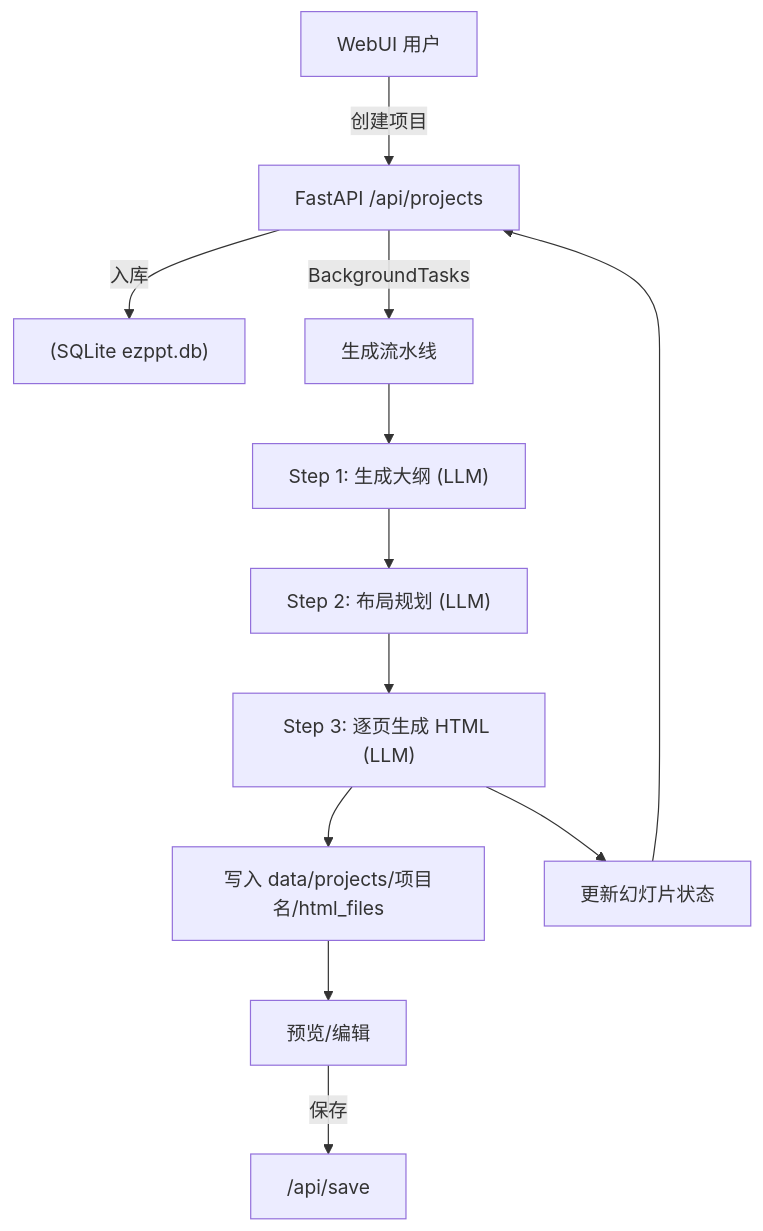
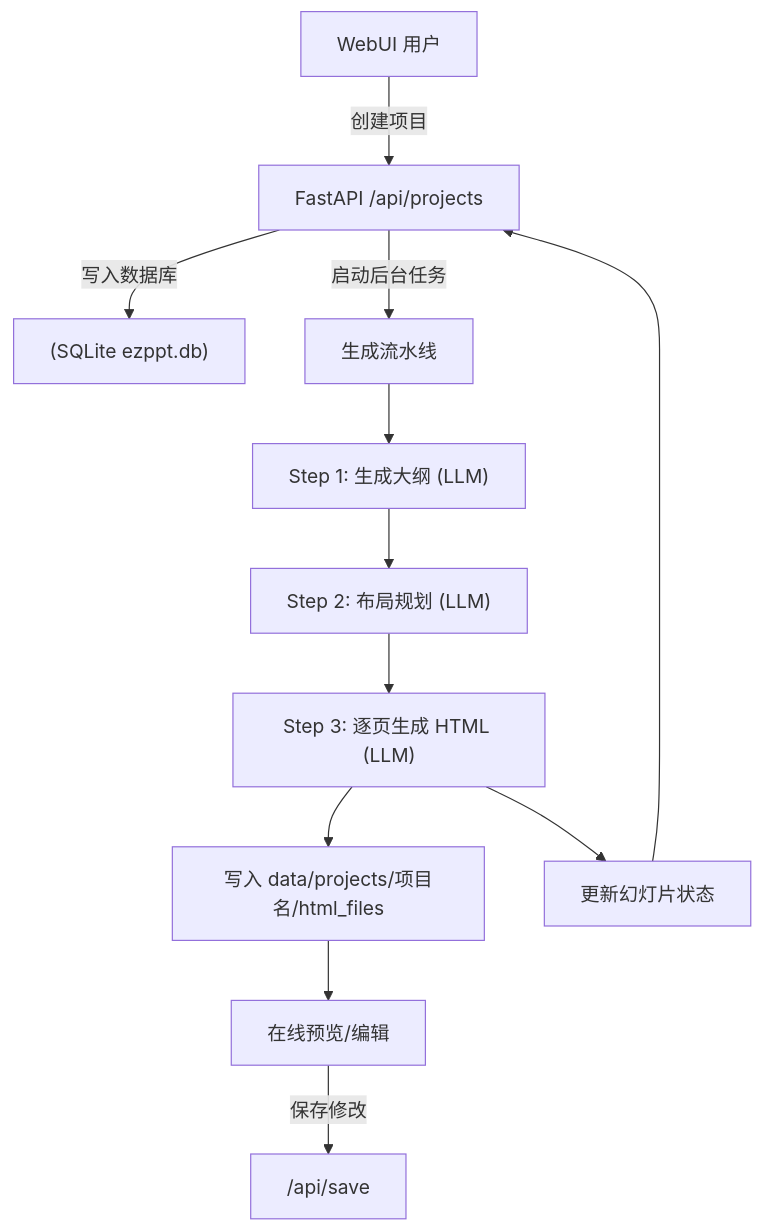
Before and after one commit to cat3399/ezppt: the first of 2 diagrams in README.md, drawn with Mermaid. The commit also changed other lines of this file and 6 other files, not shown here.

````diff
--- a/README.md
+++ b/README.md
@@ -134,15 +154,14 @@
 ```mermaid
 flowchart TD
-  U["WebUI 用户"] -->|"创建项目"| A["FastAPI /api/projects"]
-  A -->|"入库"| DB["(SQLite ezppt.db)"]
-  A -->|"BackgroundTasks"| P["生成流水线"]
-  P --> S1["Step 1: 生成大纲 (LLM)"]
-  S1 --> S2["Step 2: 布局规划 (LLM)"]
-  S2 --> S3["Step 3: 逐页生成 HTML (LLM)"]
-  S3 --> FS["写入 data/projects/项目名/html_files"]
-  S3 --> ST["更新幻灯片状态"]
-  ST --> A
-  FS --> PREVIEW["预览/编辑"]
-  PREVIEW -->|"保存"| SAVE["/api/save"]
-
+    U["WebUI 用户"] -->|"创建项目"| A["FastAPI /api/projects"]
+    A -->|"写入数据库"| DB["(SQLite ezppt.db)"]
+    A -->|"启动后台任务"| P["生成流水线"]
+    P --> S1["Step 1: 生成大纲 (LLM)"]
+    S1 --> S2["Step 2: 布局规划 (LLM)"]
+    S2 --> S3["Step 3: 逐页生成 HTML (LLM)"]
+    S3 --> FS["写入 data/projects/项目名/html_files"]
+    S3 --> ST["更新幻灯片状态"]
+    ST --> A
+    FS --> PREVIEW["在线预览/编辑"]
+    PREVIEW -->|"保存修改"| SAVE["/api/save"]
 ```
````
